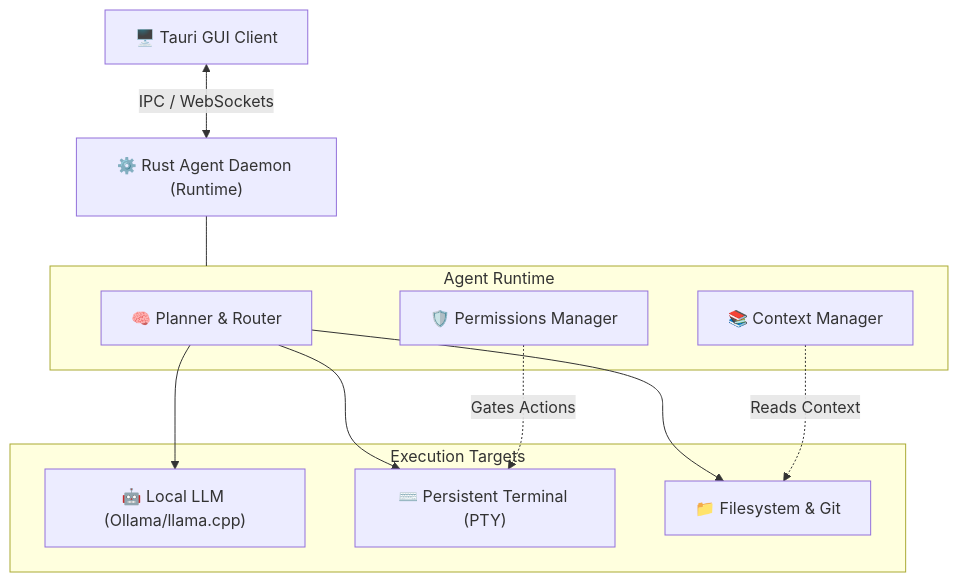
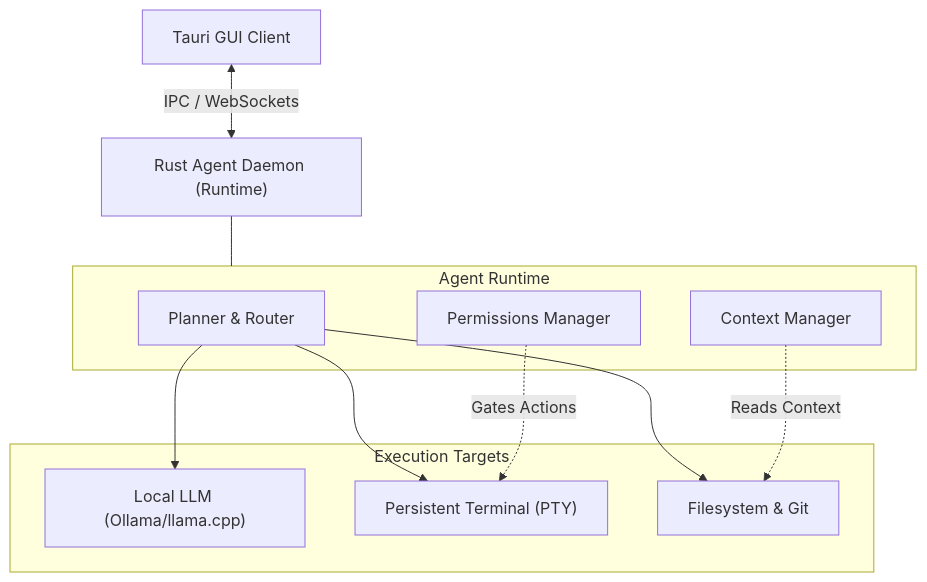
The diagram in README.md (Alex389-1/Axiom), drawn with Mermaid before and after one commit. The commit also changed other lines of this file, not shown here.

Commit message:
Remove emojis from README

````diff
--- a/README.md
+++ b/README.md
@@ -14,31 +14,31 @@
 ```mermaid
 graph TD
     %% Main Components
-    GUI["🖥️ Tauri GUI Client"]
-    Daemon["⚙️ Rust Agent Daemon (Runtime)"]
+    GUI["Tauri GUI Client"]
+    Daemon["Rust Agent Daemon (Runtime)"]
     
     %% GUI communicates with Daemon
     GUI <-->|"IPC / WebSockets"| Daemon
     
     %% Daemon Sub-components
     subgraph Runtime ["Agent Runtime"]
-        Planner["🧠 Planner & Router"]
-        Context["📚 Context Manager"]
-        Perms["🛡️ Permissions Manager"]
+        Planner["Planner & Router"]
+        Context["Context Manager"]
+        Perms["Permissions Manager"]
     end
     Daemon --- Runtime
     
     %% External Interfaces
     subgraph Targets ["Execution Targets"]
-        LLM["🤖 Local LLM (Ollama/llama.cpp)"]
-        PTY["⌨️ Persistent Terminal (PTY)"]
-        FS["📁 Filesystem & Git"]
+        LLM["Local LLM (Ollama/llama.cpp)"]
+        PTY["Persistent Terminal (PTY)"]
+        FS["Filesystem & Git"]
     end
     
     %% Connections
     Planner --> LLM
     Planner --> PTY
     Planner --> FS
     Context -.->|"Reads Context"| FS
     Perms -.->|"Gates Actions"| PTY
 ```
````
